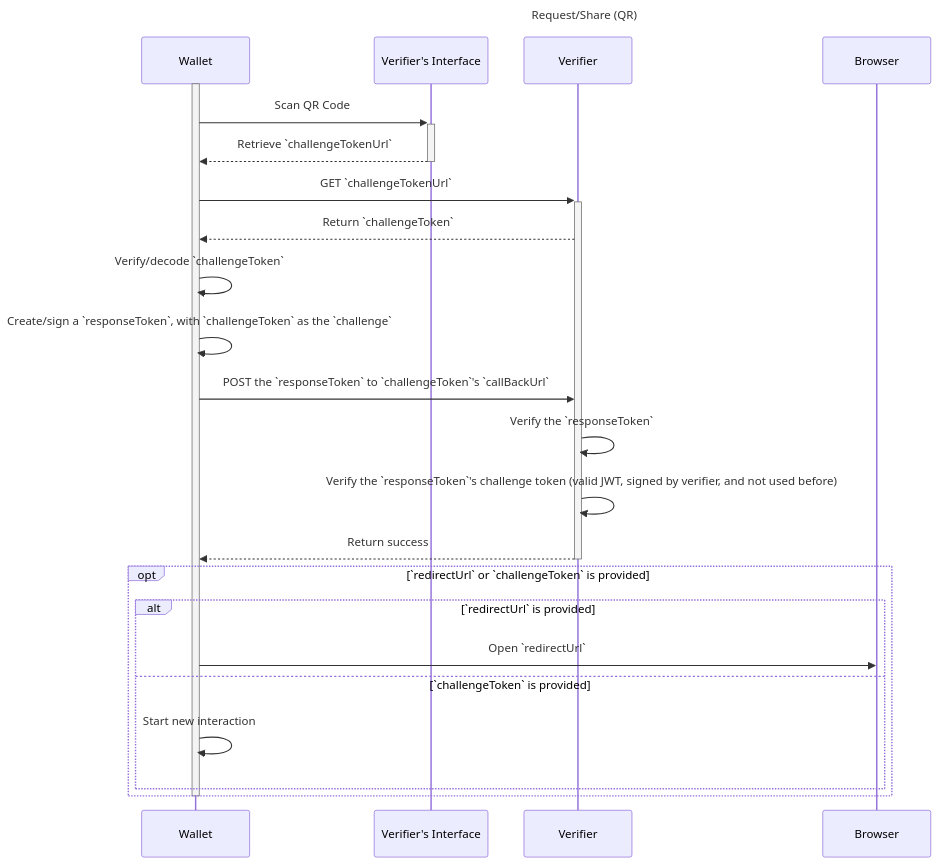
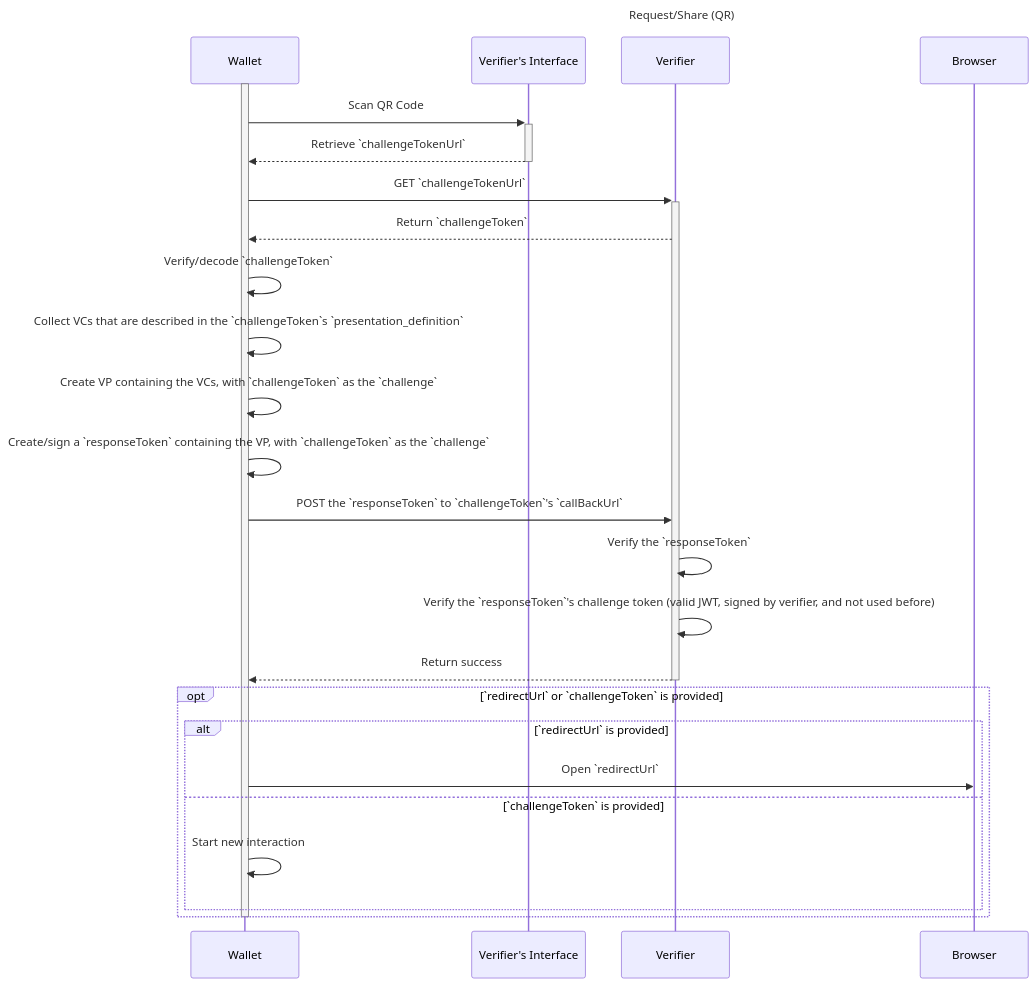
The fifth of 6 diagrams in spec/spec.md (decentralized-identity/waci-presentation-exchange), drawn with Mermaid before and after one commit. The commit also changed other lines of this file and 31 other files, not shown here.

````diff
--- a/spec/spec.md
+++ b/spec/spec.md
@@ -479,30 +589,32 @@
 ```mermaid
 sequenceDiagram
   title: Request/Share (QR)
 
   activate Wallet
 
   Wallet ->>+ Verifier's Interface: Scan QR Code
   Verifier's Interface -->>- Wallet: Retrieve `challengeTokenUrl`
 
   Wallet ->>+ Verifier: GET `challengeTokenUrl`
   Verifier -->> Wallet: Return `challengeToken`
 
   Wallet ->> Wallet: Verify/decode `challengeToken`
-  Wallet ->> Wallet: Create/sign a `responseToken`, with `challengeToken` as the `challenge`
+  Wallet ->> Wallet: Collect VCs that are described in the `challengeToken`s `presentation_definition`
+  Wallet ->> Wallet: Create VP containing the VCs, with `challengeToken` as the `challenge`
+  Wallet ->> Wallet: Create/sign a `responseToken` containing the VP, with `challengeToken` as the `challenge`
 
   Wallet ->> Verifier: POST the `responseToken` to `challengeToken`'s `callBackUrl`
   Verifier ->> Verifier: Verify the `responseToken`
   Verifier ->> Verifier: Verify the `responseToken`'s challenge token (valid JWT, signed by verifier, and not used before)
   Verifier -->>- Wallet: Return success
 
   opt `redirectUrl` or `challengeToken` is provided
     alt `redirectUrl` is provided
       Wallet ->> Browser: Open `redirectUrl`
     else `challengeToken` is provided
       Wallet ->> Wallet: Start new interaction
     end
   end
 
   deactivate Wallet
 ```
````
